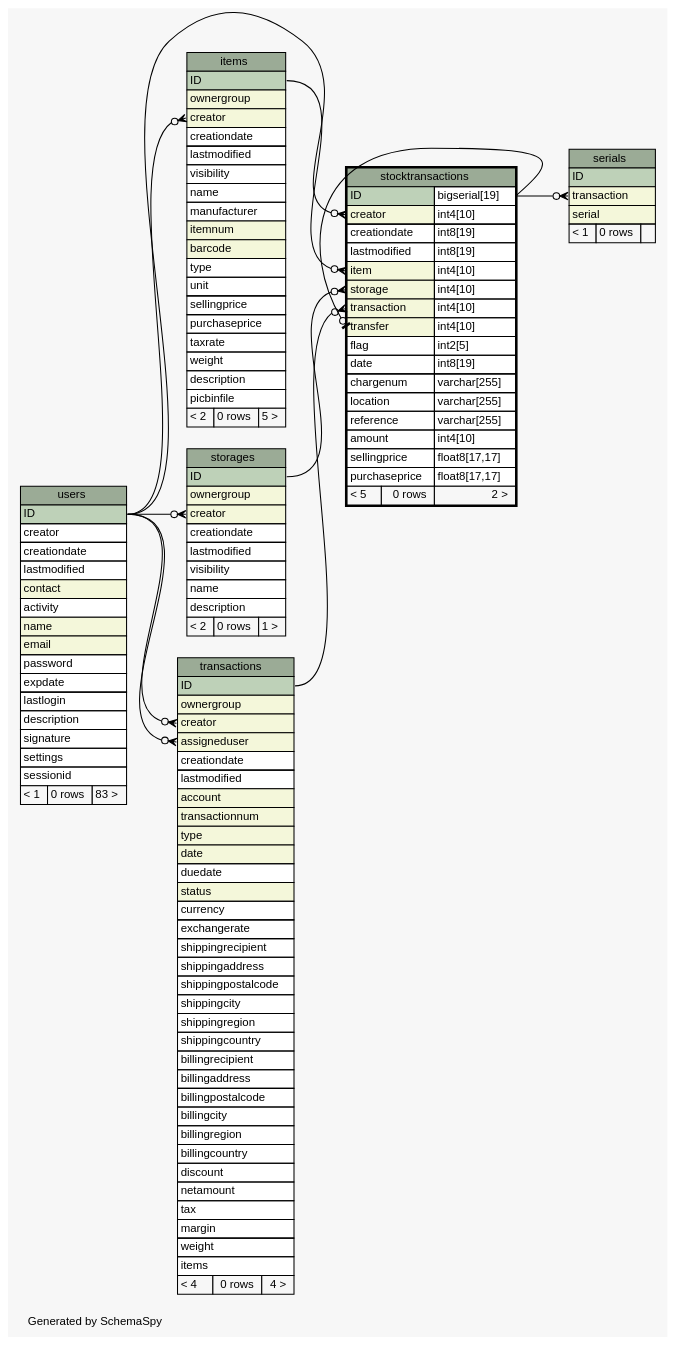
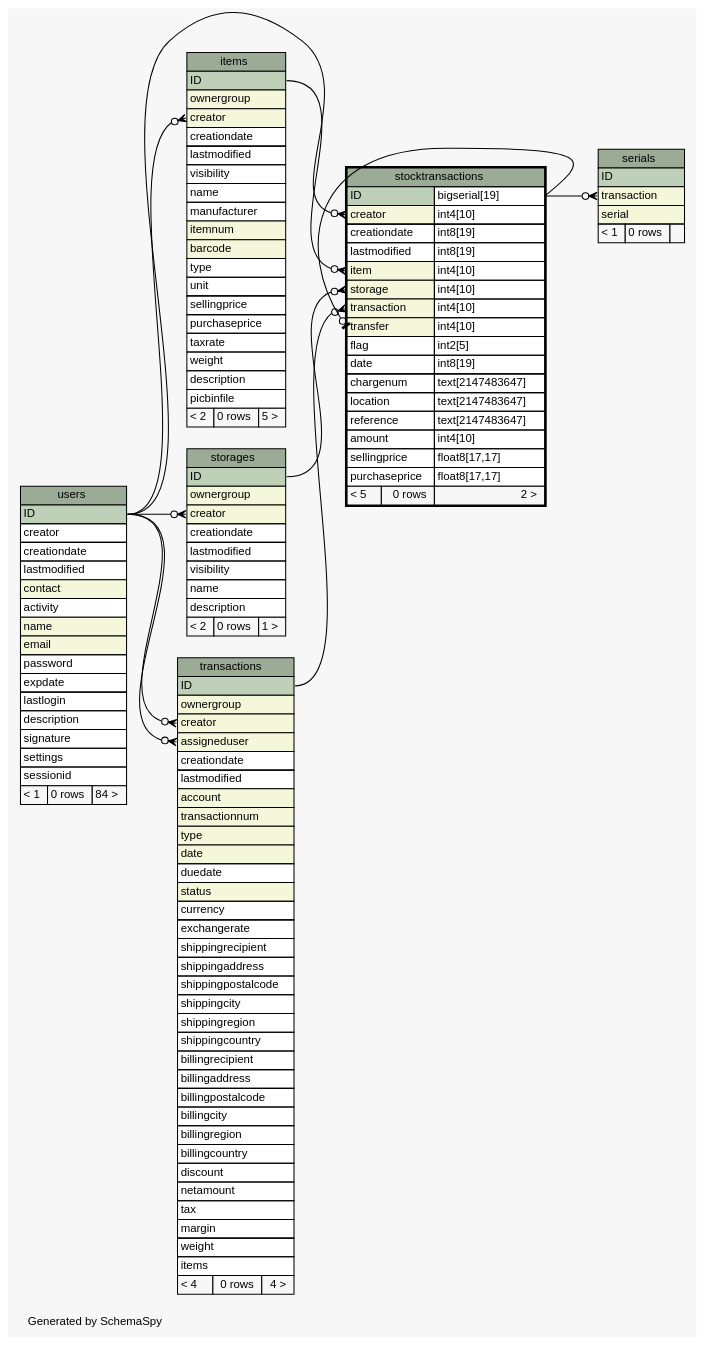
Before and after one commit to zeyosinc/zeyos-schema: the diagram in diagrams/stocktransactions.1degree.dot, drawn with Graphviz. The commit also changed 291 other files, not shown here.

```diff
--- a/diagrams/stocktransactions.1degree.dot
+++ b/diagrams/stocktransactions.1degree.dot
@@ -1,178 +1,178 @@
 // dot 2.38.0 on Windows 8.1 6.3
 // SchemaSpy rev 590
 digraph "oneDegreeRelationshipsDiagram" {
   graph [
     rankdir="RL"
     bgcolor="#f7f7f7"
     label="\nGenerated by SchemaSpy"
     labeljust="l"
     nodesep="0.18"
     ranksep="0.46"
     fontname="Helvetica"
     fontsize="11"
   ];
   node [
     fontname="Helvetica"
     fontsize="11"
     shape="plaintext"
   ];
   edge [
     arrowsize="0.8"
   ];
   "items":"creator":w -> "users":"ID":e [arrowhead=none dir=back arrowtail=crowodot];
   "serials":"transaction":w -> "stocktransactions":"ID.type":e [arrowhead=none dir=back arrowtail=crowodot];
   "stocktransactions":"creator":w -> "users":"ID":e [arrowhead=none dir=back arrowtail=crowodot];
   "stocktransactions":"item":w -> "items":"ID":e [arrowhead=none dir=back arrowtail=crowodot];
   "stocktransactions":"storage":w -> "storages":"ID":e [arrowhead=none dir=back arrowtail=crowodot];
   "stocktransactions":"transaction":w -> "transactions":"ID":e [arrowhead=none dir=back arrowtail=crowodot];
   "stocktransactions":"transfer":w -> "stocktransactions":"ID.type":e [arrowhead=none dir=back arrowtail=teeodot];
   "storages":"creator":w -> "users":"ID":e [arrowhead=none dir=back arrowtail=crowodot];
   "transactions":"assigneduser":w -> "users":"ID":e [arrowhead=none dir=back arrowtail=crowodot];
   "transactions":"creator":w -> "users":"ID":e [arrowhead=none dir=back arrowtail=crowodot];
   "items" [
     label=<
     <TABLE BORDER="0" CELLBORDER="1" CELLSPACING="0" BGCOLOR="#ffffff">
       <TR><TD COLSPAN="3" BGCOLOR="#9bab96" ALIGN="CENTER">items</TD></TR>
       <TR><TD PORT="ID" COLSPAN="3" BGCOLOR="#bed1b8" ALIGN="LEFT">ID</TD></TR>
       <TR><TD PORT="ownergroup" COLSPAN="3" BGCOLOR="#f4f7da" ALIGN="LEFT">ownergroup</TD></TR>
       <TR><TD PORT="creator" COLSPAN="3" BGCOLOR="#f4f7da" ALIGN="LEFT">creator</TD></TR>
       <TR><TD PORT="creationdate" COLSPAN="3" ALIGN="LEFT">creationdate</TD></TR>
       <TR><TD PORT="lastmodified" COLSPAN="3" ALIGN="LEFT">lastmodified</TD></TR>
       <TR><TD PORT="visibility" COLSPAN="3" ALIGN="LEFT">visibility</TD></TR>
       <TR><TD PORT="name" COLSPAN="3" ALIGN="LEFT">name</TD></TR>
       <TR><TD PORT="manufacturer" COLSPAN="3" ALIGN="LEFT">manufacturer</TD></TR>
       <TR><TD PORT="itemnum" COLSPAN="3" BGCOLOR="#f4f7da" ALIGN="LEFT">itemnum</TD></TR>
       <TR><TD PORT="barcode" COLSPAN="3" BGCOLOR="#f4f7da" ALIGN="LEFT">barcode</TD></TR>
       <TR><TD PORT="type" COLSPAN="3" ALIGN="LEFT">type</TD></TR>
       <TR><TD PORT="unit" COLSPAN="3" ALIGN="LEFT">unit</TD></TR>
       <TR><TD PORT="sellingprice" COLSPAN="3" ALIGN="LEFT">sellingprice</TD></TR>
       <TR><TD PORT="purchaseprice" COLSPAN="3" ALIGN="LEFT">purchaseprice</TD></TR>
       <TR><TD PORT="taxrate" COLSPAN="3" ALIGN="LEFT">taxrate</TD></TR>
       <TR><TD PORT="weight" COLSPAN="3" ALIGN="LEFT">weight</TD></TR>
       <TR><TD PORT="description" COLSPAN="3" ALIGN="LEFT">description</TD></TR>
       <TR><TD PORT="picbinfile" COLSPAN="3" ALIGN="LEFT">picbinfile</TD></TR>
       <TR><TD ALIGN="LEFT" BGCOLOR="#f7f7f7">&lt; 2</TD><TD ALIGN="RIGHT" BGCOLOR="#f7f7f7">0 rows</TD><TD ALIGN="RIGHT" BGCOLOR="#f7f7f7">5 &gt;</TD></TR>
     </TABLE>>
     URL="items.html"
     tooltip="items"
   ];
   "serials" [
     label=<
     <TABLE BORDER="0" CELLBORDER="1" CELLSPACING="0" BGCOLOR="#ffffff">
       <TR><TD COLSPAN="3" BGCOLOR="#9bab96" ALIGN="CENTER">serials</TD></TR>
       <TR><TD PORT="ID" COLSPAN="3" BGCOLOR="#bed1b8" ALIGN="LEFT">ID</TD></TR>
       <TR><TD PORT="transaction" COLSPAN="3" BGCOLOR="#f4f7da" ALIGN="LEFT">transaction</TD></TR>
       <TR><TD PORT="serial" COLSPAN="3" BGCOLOR="#f4f7da" ALIGN="LEFT">serial</TD></TR>
       <TR><TD ALIGN="LEFT" BGCOLOR="#f7f7f7">&lt; 1</TD><TD ALIGN="RIGHT" BGCOLOR="#f7f7f7">0 rows</TD><TD ALIGN="RIGHT" BGCOLOR="#f7f7f7">  </TD></TR>
     </TABLE>>
     URL="serials.html"
     tooltip="serials"
   ];
   "stocktransactions" [
     label=<
     <TABLE BORDER="2" CELLBORDER="1" CELLSPACING="0" BGCOLOR="#ffffff">
       <TR><TD COLSPAN="3" BGCOLOR="#9bab96" ALIGN="CENTER">stocktransactions</TD></TR>
       <TR><TD PORT="ID" COLSPAN="2" BGCOLOR="#bed1b8" ALIGN="LEFT">ID</TD><TD PORT="ID.type" ALIGN="LEFT">bigserial[19]</TD></TR>
       <TR><TD PORT="creator" COLSPAN="2" BGCOLOR="#f4f7da" ALIGN="LEFT">creator</TD><TD PORT="creator.type" ALIGN="LEFT">int4[10]</TD></TR>
       <TR><TD PORT="creationdate" COLSPAN="2" ALIGN="LEFT">creationdate</TD><TD PORT="creationdate.type" ALIGN="LEFT">int8[19]</TD></TR>
       <TR><TD PORT="lastmodified" COLSPAN="2" ALIGN="LEFT">lastmodified</TD><TD PORT="lastmodified.type" ALIGN="LEFT">int8[19]</TD></TR>
       <TR><TD PORT="item" COLSPAN="2" BGCOLOR="#f4f7da" ALIGN="LEFT">item</TD><TD PORT="item.type" ALIGN="LEFT">int4[10]</TD></TR>
       <TR><TD PORT="storage" COLSPAN="2" BGCOLOR="#f4f7da" ALIGN="LEFT">storage</TD><TD PORT="storage.type" ALIGN="LEFT">int4[10]</TD></TR>
       <TR><TD PORT="transaction" COLSPAN="2" BGCOLOR="#f4f7da" ALIGN="LEFT">transaction</TD><TD PORT="transaction.type" ALIGN="LEFT">int4[10]</TD></TR>
       <TR><TD PORT="transfer" COLSPAN="2" BGCOLOR="#f4f7da" ALIGN="LEFT">transfer</TD><TD PORT="transfer.type" ALIGN="LEFT">int4[10]</TD></TR>
       <TR><TD PORT="flag" COLSPAN="2" ALIGN="LEFT">flag</TD><TD PORT="flag.type" ALIGN="LEFT">int2[5]</TD></TR>
       <TR><TD PORT="date" COLSPAN="2" ALIGN="LEFT">date</TD><TD PORT="date.type" ALIGN="LEFT">int8[19]</TD></TR>
-      <TR><TD PORT="chargenum" COLSPAN="2" ALIGN="LEFT">chargenum</TD><TD PORT="chargenum.type" ALIGN="LEFT">varchar[255]</TD></TR>
-      <TR><TD PORT="location" COLSPAN="2" ALIGN="LEFT">location</TD><TD PORT="location.type" ALIGN="LEFT">varchar[255]</TD></TR>
-      <TR><TD PORT="reference" COLSPAN="2" ALIGN="LEFT">reference</TD><TD PORT="reference.type" ALIGN="LEFT">varchar[255]</TD></TR>
+      <TR><TD PORT="chargenum" COLSPAN="2" ALIGN="LEFT">chargenum</TD><TD PORT="chargenum.type" ALIGN="LEFT">text[2147483647]</TD></TR>
+      <TR><TD PORT="location" COLSPAN="2" ALIGN="LEFT">location</TD><TD PORT="location.type" ALIGN="LEFT">text[2147483647]</TD></TR>
+      <TR><TD PORT="reference" COLSPAN="2" ALIGN="LEFT">reference</TD><TD PORT="reference.type" ALIGN="LEFT">text[2147483647]</TD></TR>
       <TR><TD PORT="amount" COLSPAN="2" ALIGN="LEFT">amount</TD><TD PORT="amount.type" ALIGN="LEFT">int4[10]</TD></TR>
       <TR><TD PORT="sellingprice" COLSPAN="2" ALIGN="LEFT">sellingprice</TD><TD PORT="sellingprice.type" ALIGN="LEFT">float8[17,17]</TD></TR>
       <TR><TD PORT="purchaseprice" COLSPAN="2" ALIGN="LEFT">purchaseprice</TD><TD PORT="purchaseprice.type" ALIGN="LEFT">float8[17,17]</TD></TR>
       <TR><TD ALIGN="LEFT" BGCOLOR="#f7f7f7">&lt; 5</TD><TD ALIGN="RIGHT" BGCOLOR="#f7f7f7">0 rows</TD><TD ALIGN="RIGHT" BGCOLOR="#f7f7f7">2 &gt;</TD></TR>
     </TABLE>>
     URL="stocktransactions.html"
     tooltip="stocktransactions"
   ];
   "storages" [
     label=<
     <TABLE BORDER="0" CELLBORDER="1" CELLSPACING="0" BGCOLOR="#ffffff">
       <TR><TD COLSPAN="3" BGCOLOR="#9bab96" ALIGN="CENTER">storages</TD></TR>
       <TR><TD PORT="ID" COLSPAN="3" BGCOLOR="#bed1b8" ALIGN="LEFT">ID</TD></TR>
       <TR><TD PORT="ownergroup" COLSPAN="3" BGCOLOR="#f4f7da" ALIGN="LEFT">ownergroup</TD></TR>
       <TR><TD PORT="creator" COLSPAN="3" BGCOLOR="#f4f7da" ALIGN="LEFT">creator</TD></TR>
       <TR><TD PORT="creationdate" COLSPAN="3" ALIGN="LEFT">creationdate</TD></TR>
       <TR><TD PORT="lastmodified" COLSPAN="3" ALIGN="LEFT">lastmodified</TD></TR>
       <TR><TD PORT="visibility" COLSPAN="3" ALIGN="LEFT">visibility</TD></TR>
       <TR><TD PORT="name" COLSPAN="3" ALIGN="LEFT">name</TD></TR>
       <TR><TD PORT="description" COLSPAN="3" ALIGN="LEFT">description</TD></TR>
       <TR><TD ALIGN="LEFT" BGCOLOR="#f7f7f7">&lt; 2</TD><TD ALIGN="RIGHT" BGCOLOR="#f7f7f7">0 rows</TD><TD ALIGN="RIGHT" BGCOLOR="#f7f7f7">1 &gt;</TD></TR>
     </TABLE>>
     URL="storages.html"
     tooltip="storages"
   ];
   "transactions" [
     label=<
     <TABLE BORDER="0" CELLBORDER="1" CELLSPACING="0" BGCOLOR="#ffffff">
       <TR><TD COLSPAN="3" BGCOLOR="#9bab96" ALIGN="CENTER">transactions</TD></TR>
       <TR><TD PORT="ID" COLSPAN="3" BGCOLOR="#bed1b8" ALIGN="LEFT">ID</TD></TR>
       <TR><TD PORT="ownergroup" COLSPAN="3" BGCOLOR="#f4f7da" ALIGN="LEFT">ownergroup</TD></TR>
       <TR><TD PORT="creator" COLSPAN="3" BGCOLOR="#f4f7da" ALIGN="LEFT">creator</TD></TR>
       <TR><TD PORT="assigneduser" COLSPAN="3" BGCOLOR="#f4f7da" ALIGN="LEFT">assigneduser</TD></TR>
       <TR><TD PORT="creationdate" COLSPAN="3" ALIGN="LEFT">creationdate</TD></TR>
       <TR><TD PORT="lastmodified" COLSPAN="3" ALIGN="LEFT">lastmodified</TD></TR>
       <TR><TD PORT="account" COLSPAN="3" BGCOLOR="#f4f7da" ALIGN="LEFT">account</TD></TR>
       <TR><TD PORT="transactionnum" COLSPAN="3" BGCOLOR="#f4f7da" ALIGN="LEFT">transactionnum</TD></TR>
       <TR><TD PORT="type" COLSPAN="3" BGCOLOR="#f4f7da" ALIGN="LEFT">type</TD></TR>
       <TR><TD PORT="date" COLSPAN="3" BGCOLOR="#f4f7da" ALIGN="LEFT">date</TD></TR>
       <TR><TD PORT="duedate" COLSPAN="3" ALIGN="LEFT">duedate</TD></TR>
       <TR><TD PORT="status" COLSPAN="3" BGCOLOR="#f4f7da" ALIGN="LEFT">status</TD></TR>
       <TR><TD PORT="currency" COLSPAN="3" ALIGN="LEFT">currency</TD></TR>
       <TR><TD PORT="exchangerate" COLSPAN="3" ALIGN="LEFT">exchangerate</TD></TR>
       <TR><TD PORT="shippingrecipient" COLSPAN="3" ALIGN="LEFT">shippingrecipient</TD></TR>
       <TR><TD PORT="shippingaddress" COLSPAN="3" ALIGN="LEFT">shippingaddress</TD></TR>
       <TR><TD PORT="shippingpostalcode" COLSPAN="3" ALIGN="LEFT">shippingpostalcode</TD></TR>
       <TR><TD PORT="shippingcity" COLSPAN="3" ALIGN="LEFT">shippingcity</TD></TR>
       <TR><TD PORT="shippingregion" COLSPAN="3" ALIGN="LEFT">shippingregion</TD></TR>
       <TR><TD PORT="shippingcountry" COLSPAN="3" ALIGN="LEFT">shippingcountry</TD></TR>
       <TR><TD PORT="billingrecipient" COLSPAN="3" ALIGN="LEFT">billingrecipient</TD></TR>
       <TR><TD PORT="billingaddress" COLSPAN="3" ALIGN="LEFT">billingaddress</TD></TR>
       <TR><TD PORT="billingpostalcode" COLSPAN="3" ALIGN="LEFT">billingpostalcode</TD></TR>
       <TR><TD PORT="billingcity" COLSPAN="3" ALIGN="LEFT">billingcity</TD></TR>
       <TR><TD PORT="billingregion" COLSPAN="3" ALIGN="LEFT">billingregion</TD></TR>
       <TR><TD PORT="billingcountry" COLSPAN="3" ALIGN="LEFT">billingcountry</TD></TR>
       <TR><TD PORT="discount" COLSPAN="3" ALIGN="LEFT">discount</TD></TR>
       <TR><TD PORT="netamount" COLSPAN="3" ALIGN="LEFT">netamount</TD></TR>
       <TR><TD PORT="tax" COLSPAN="3" ALIGN="LEFT">tax</TD></TR>
       <TR><TD PORT="margin" COLSPAN="3" ALIGN="LEFT">margin</TD></TR>
       <TR><TD PORT="weight" COLSPAN="3" ALIGN="LEFT">weight</TD></TR>
       <TR><TD PORT="items" COLSPAN="3" ALIGN="LEFT">items</TD></TR>
       <TR><TD ALIGN="LEFT" BGCOLOR="#f7f7f7">&lt; 4</TD><TD ALIGN="RIGHT" BGCOLOR="#f7f7f7">0 rows</TD><TD ALIGN="RIGHT" BGCOLOR="#f7f7f7">4 &gt;</TD></TR>
     </TABLE>>
     URL="transactions.html"
     tooltip="transactions"
   ];
   "users" [
     label=<
     <TABLE BORDER="0" CELLBORDER="1" CELLSPACING="0" BGCOLOR="#ffffff">
       <TR><TD COLSPAN="3" BGCOLOR="#9bab96" ALIGN="CENTER">users</TD></TR>
       <TR><TD PORT="ID" COLSPAN="3" BGCOLOR="#bed1b8" ALIGN="LEFT">ID</TD></TR>
       <TR><TD PORT="creator" COLSPAN="3" ALIGN="LEFT">creator</TD></TR>
       <TR><TD PORT="creationdate" COLSPAN="3" ALIGN="LEFT">creationdate</TD></TR>
       <TR><TD PORT="lastmodified" COLSPAN="3" ALIGN="LEFT">lastmodified</TD></TR>
       <TR><TD PORT="contact" COLSPAN="3" BGCOLOR="#f4f7da" ALIGN="LEFT">contact</TD></TR>
       <TR><TD PORT="activity" COLSPAN="3" ALIGN="LEFT">activity</TD></TR>
       <TR><TD PORT="name" COLSPAN="3" BGCOLOR="#f4f7da" ALIGN="LEFT">name</TD></TR>
       <TR><TD PORT="email" COLSPAN="3" BGCOLOR="#f4f7da" ALIGN="LEFT">email</TD></TR>
       <TR><TD PORT="password" COLSPAN="3" ALIGN="LEFT">password</TD></TR>
       <TR><TD PORT="expdate" COLSPAN="3" ALIGN="LEFT">expdate</TD></TR>
       <TR><TD PORT="lastlogin" COLSPAN="3" ALIGN="LEFT">lastlogin</TD></TR>
       <TR><TD PORT="description" COLSPAN="3" ALIGN="LEFT">description</TD></TR>
       <TR><TD PORT="signature" COLSPAN="3" ALIGN="LEFT">signature</TD></TR>
       <TR><TD PORT="settings" COLSPAN="3" ALIGN="LEFT">settings</TD></TR>
       <TR><TD PORT="sessionid" COLSPAN="3" ALIGN="LEFT">sessionid</TD></TR>
-      <TR><TD ALIGN="LEFT" BGCOLOR="#f7f7f7">&lt; 1</TD><TD ALIGN="RIGHT" BGCOLOR="#f7f7f7">0 rows</TD><TD ALIGN="RIGHT" BGCOLOR="#f7f7f7">83 &gt;</TD></TR>
+      <TR><TD ALIGN="LEFT" BGCOLOR="#f7f7f7">&lt; 1</TD><TD ALIGN="RIGHT" BGCOLOR="#f7f7f7">0 rows</TD><TD ALIGN="RIGHT" BGCOLOR="#f7f7f7">84 &gt;</TD></TR>
     </TABLE>>
     URL="users.html"
     tooltip="users"
   ];
 }
```
